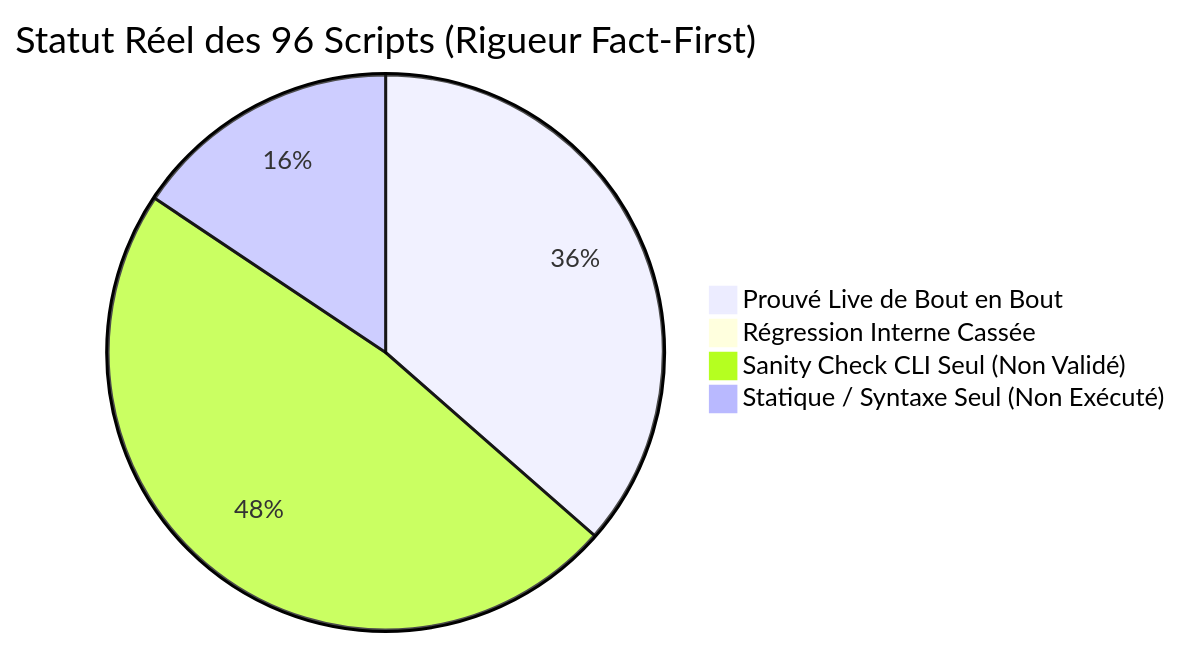
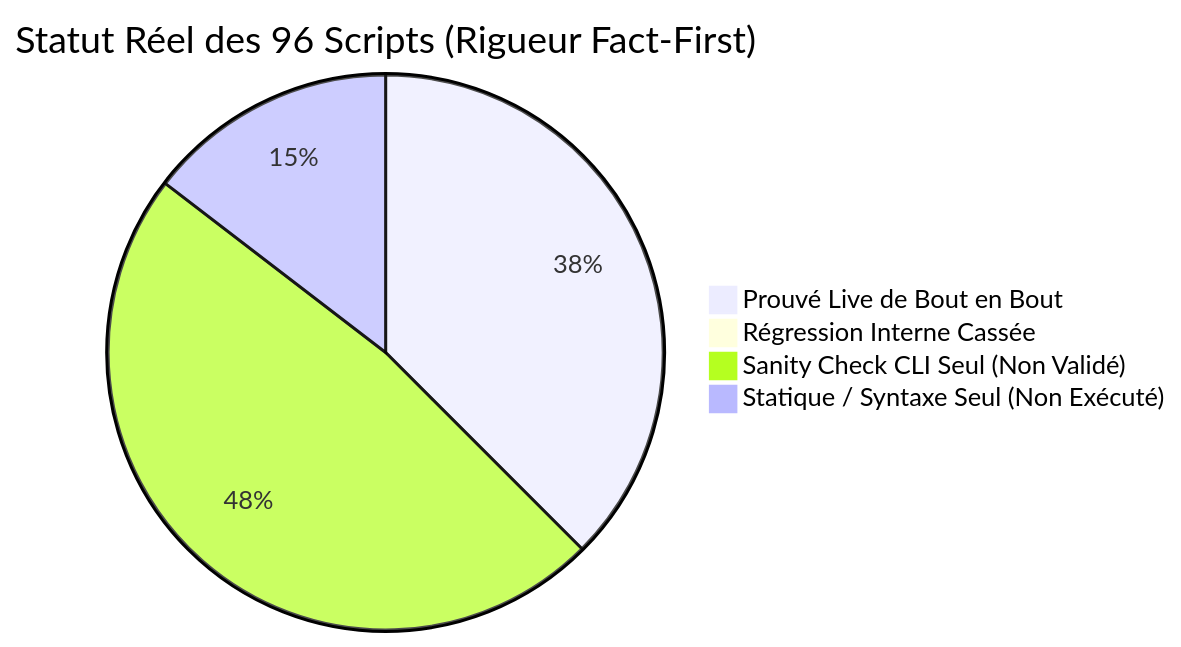
Before and after one commit to yoyonel/pydbsrt: the diagram in docs/reference/2026-11-10-audit-exhaustif-scripts-regressions.md, drawn with Mermaid. The commit also changed other lines of this file and 2 other files, not shown here.

````diff
--- a/docs/reference/2026-11-10-audit-exhaustif-scripts-regressions.md
+++ b/docs/reference/2026-11-10-audit-exhaustif-scripts-regressions.md
@@ -16,7 +16,7 @@
 ```mermaid
 pie title Statut Réel des 96 Scripts (Rigueur Fact-First)
-    "Prouvé Live de Bout en Bout" : 35
+    "Prouvé Live de Bout en Bout" : 36
     "Régression Interne Cassée" : 0
     "Sanity Check CLI Seul (Non Validé)" : 46
-    "Statique / Syntaxe Seul (Non Exécuté)" : 15
+    "Statique / Syntaxe Seul (Non Exécuté)" : 14
 ```
````
